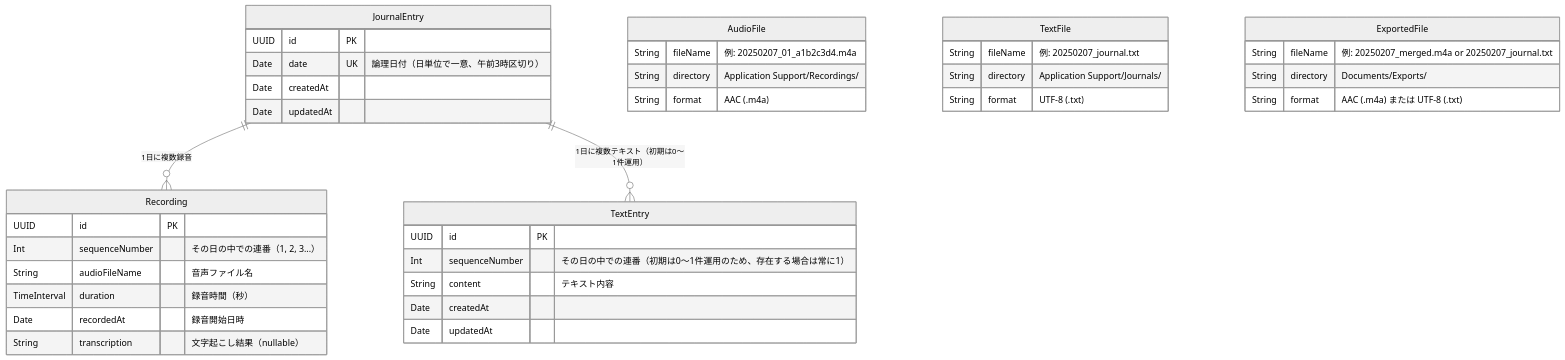
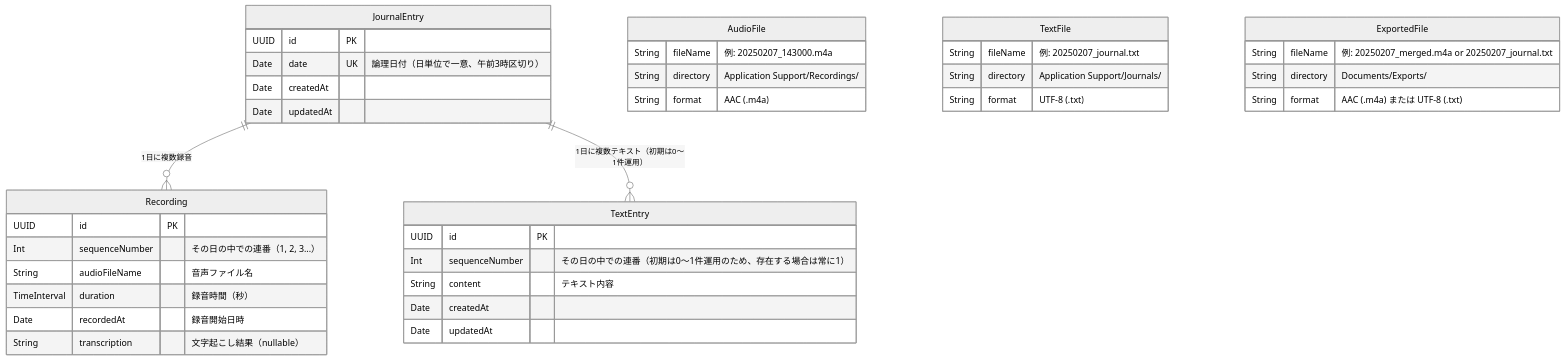
One commit to sy-hash/mind-echo changed the diagram in docs/design-prompt.md. Above: the diagram before and after it, drawn with Mermaid (neutral theme). The commit also changed 1 other file, not shown here.

Commit message:
Simplify internal recording filename to timestamp-based format
Internal recording files now use actual creation timestamp (YYYYMMDD_HHmmss)
instead of logical date + sequence + UUID. The DB manages entry association,
so filenames carry no business logic — just debuggability.

````diff
--- a/docs/design-prompt.md
+++ b/docs/design-prompt.md
@@ -91,47 +91,47 @@
 ```mermaid
 erDiagram
     JournalEntry {
         UUID id PK
         Date date UK "論理日付（日単位で一意、午前3時区切り）"
         Date createdAt
         Date updatedAt
     }
 
     Recording {
         UUID id PK
         Int sequenceNumber "その日の中での連番（1, 2, 3...）"
         String audioFileName "音声ファイル名"
         TimeInterval duration "録音時間（秒）"
         Date recordedAt "録音開始日時"
         String transcription "文字起こし結果（nullable）"
     }
 
     TextEntry {
         UUID id PK
         Int sequenceNumber "その日の中での連番（初期は0〜1件運用のため、存在する場合は常に1）"
         String content "テキスト内容"
         Date createdAt
         Date updatedAt
     }
 
     JournalEntry ||--o{ Recording : "1日に複数録音"
     JournalEntry ||--o{ TextEntry : "1日に複数テキスト（初期は0〜1件運用）"
 
     AudioFile {
-        String fileName "例: 20250207_01_a1b2c3d4.m4a"
+        String fileName "例: 20250207_143000.m4a"
         String directory "Application Support/Recordings/"
         String format "AAC (.m4a)"
     }
 
     TextFile {
         String fileName "例: 20250207_journal.txt"
         String directory "Application Support/Journals/"
         String format "UTF-8 (.txt)"
     }
 
     ExportedFile {
         String fileName "例: 20250207_merged.m4a or 20250207_journal.txt"
         String directory "Documents/Exports/"
         String format "AAC (.m4a) または UTF-8 (.txt)"
     }
 ```
````
